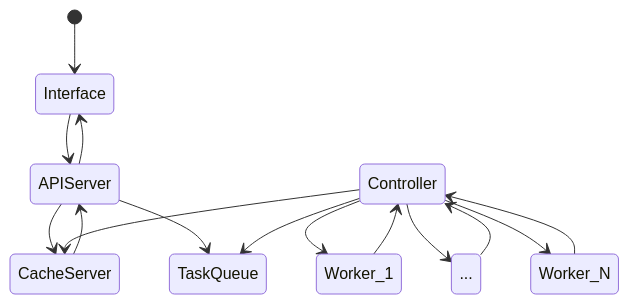
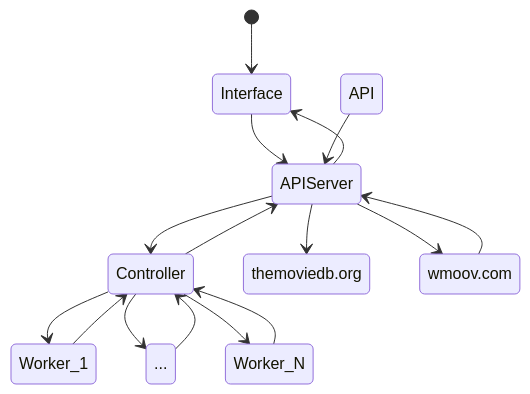
The first of 2 diagrams in README.md (eddylau328/movie-ticket-search-engine), drawn with Mermaid before and after one commit. The commit also changed other lines of this file, not shown here.

````diff
--- a/README.md
+++ b/README.md
@@ -19,17 +72,18 @@
 ```mermaid
 stateDiagram-v2
     [*] --> Interface
     Interface --> APIServer
     APIServer --> Interface
-    APIServer --> CacheServer
-    CacheServer --> APIServer
-    APIServer --> TaskQueue
-    Controller --> CacheServer
-    Controller --> TaskQueue
+    APIServer --> Controller
+    APIServer --> themoviedb.org
+    themoviedb.org API --> APIServer 
+    APIServer --> wmoov.com
+    wmoov.com --> APIServer
+    Controller --> APIServer
     Controller --> Worker_1
     Controller --> ...
     Controller --> Worker_N
     Worker_1 --> Controller
     ... --> Controller
     Worker_N --> Controller
 ```
````
